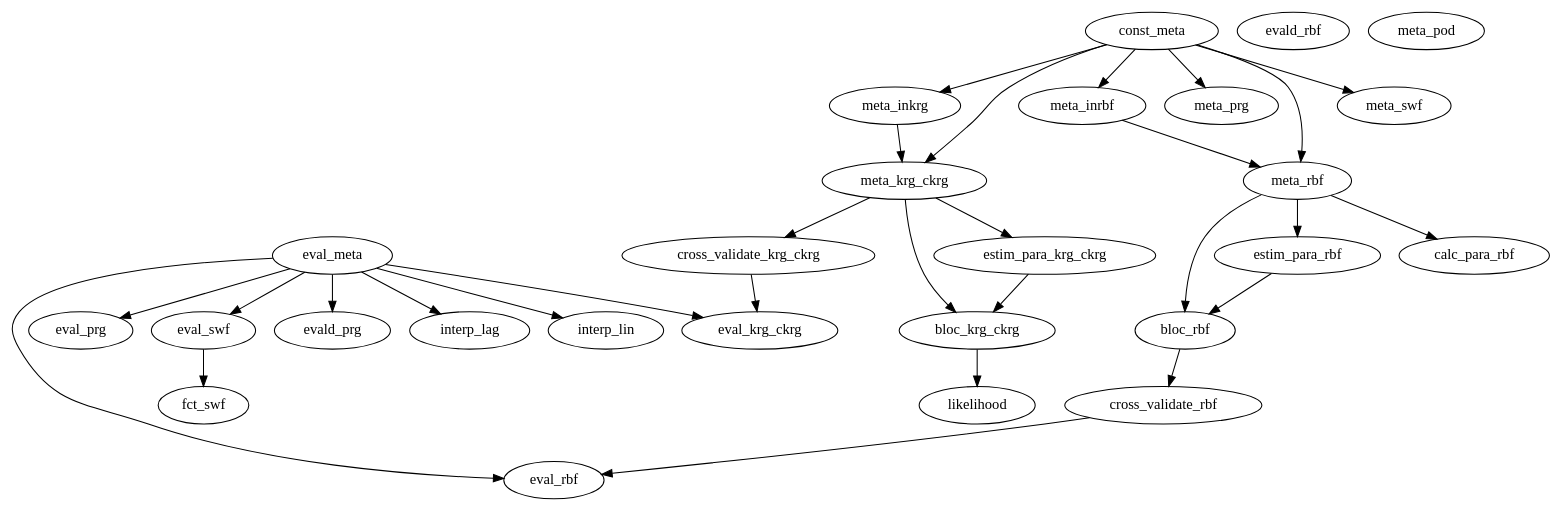
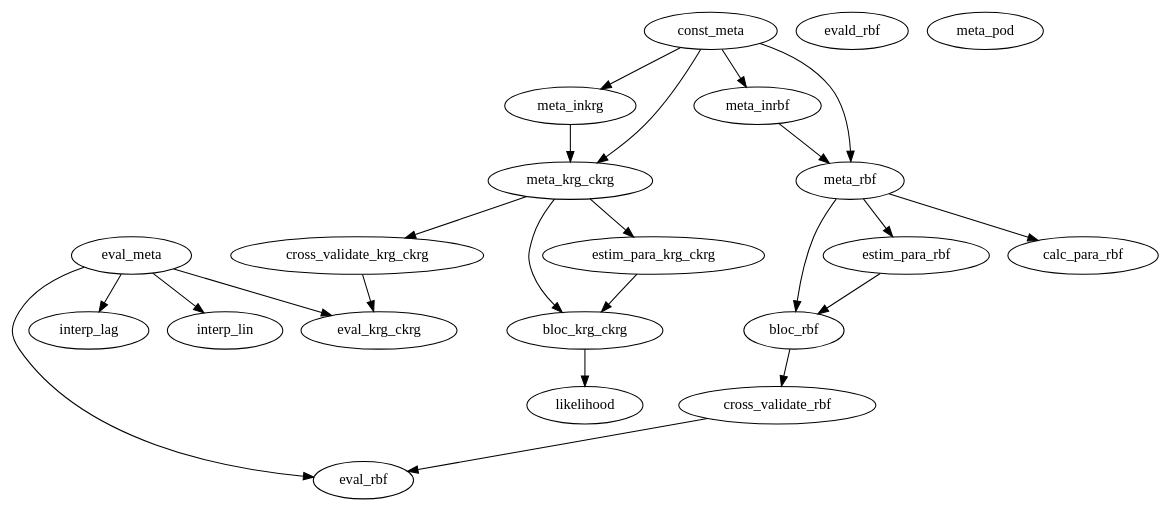
Before and after one commit to luclaurent/GRENAT: the diagram in doc/GRENAT/routines/meta/graph.dot, drawn with Graphviz. The commit also changed 127 other files, not shown here.

```diff
--- a/doc/GRENAT/routines/meta/graph.dot
+++ b/doc/GRENAT/routines/meta/graph.dot
@@ -1,58 +1,46 @@
 /* Created by mdot for Matlab */
 digraph m2html {
   bloc_krg_ckrg -> likelihood;
   bloc_rbf -> cross_validate_rbf;
   const_meta -> meta_inkrg;
   const_meta -> meta_inrbf;
   const_meta -> meta_krg_ckrg;
-  const_meta -> meta_prg;
   const_meta -> meta_rbf;
-  const_meta -> meta_swf;
   cross_validate_krg_ckrg -> eval_krg_ckrg;
   cross_validate_rbf -> eval_rbf;
   estim_para_krg_ckrg -> bloc_krg_ckrg;
   estim_para_rbf -> bloc_rbf;
   eval_meta -> eval_krg_ckrg;
-  eval_meta -> eval_prg;
   eval_meta -> eval_rbf;
-  eval_meta -> eval_swf;
-  eval_meta -> evald_prg;
   eval_meta -> interp_lag;
   eval_meta -> interp_lin;
-  eval_swf -> fct_swf;
   meta_inkrg -> meta_krg_ckrg;
   meta_inrbf -> meta_rbf;
   meta_krg_ckrg -> bloc_krg_ckrg;
   meta_krg_ckrg -> cross_validate_krg_ckrg;
   meta_krg_ckrg -> estim_para_krg_ckrg;
   meta_rbf -> bloc_rbf;
   meta_rbf -> calc_para_rbf;
   meta_rbf -> estim_para_rbf;
 
   bloc_krg_ckrg [URL="bloc_krg_ckrg.html"];
   bloc_rbf [URL="bloc_rbf.html"];
   calc_para_rbf [URL="calc_para_rbf.html"];
   const_meta [URL="const_meta.html"];
   cross_validate_krg_ckrg [URL="cross_validate_krg_ckrg.html"];
   cross_validate_rbf [URL="cross_validate_rbf.html"];
   estim_para_krg_ckrg [URL="estim_para_krg_ckrg.html"];
   estim_para_rbf [URL="estim_para_rbf.html"];
   eval_krg_ckrg [URL="eval_krg_ckrg.html"];
   eval_meta [URL="eval_meta.html"];
-  eval_prg [URL="eval_prg.html"];
   eval_rbf [URL="eval_rbf.html"];
-  eval_swf [URL="eval_swf.html"];
-  evald_prg [URL="evald_prg.html"];
   evald_rbf [URL="evald_rbf.html"];
-  fct_swf [URL="fct_swf.html"];
   interp_lag [URL="interp_lag.html"];
   interp_lin [URL="interp_lin.html"];
   likelihood [URL="likelihood.html"];
   meta_inkrg [URL="meta_inkrg.html"];
   meta_inrbf [URL="meta_inrbf.html"];
   meta_krg_ckrg [URL="meta_krg_ckrg.html"];
   meta_pod [URL="meta_pod.html"];
-  meta_prg [URL="meta_prg.html"];
   meta_rbf [URL="meta_rbf.html"];
-  meta_swf [URL="meta_swf.html"];
 }
```
